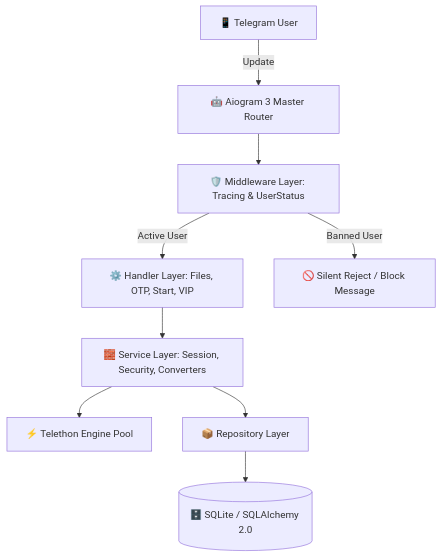
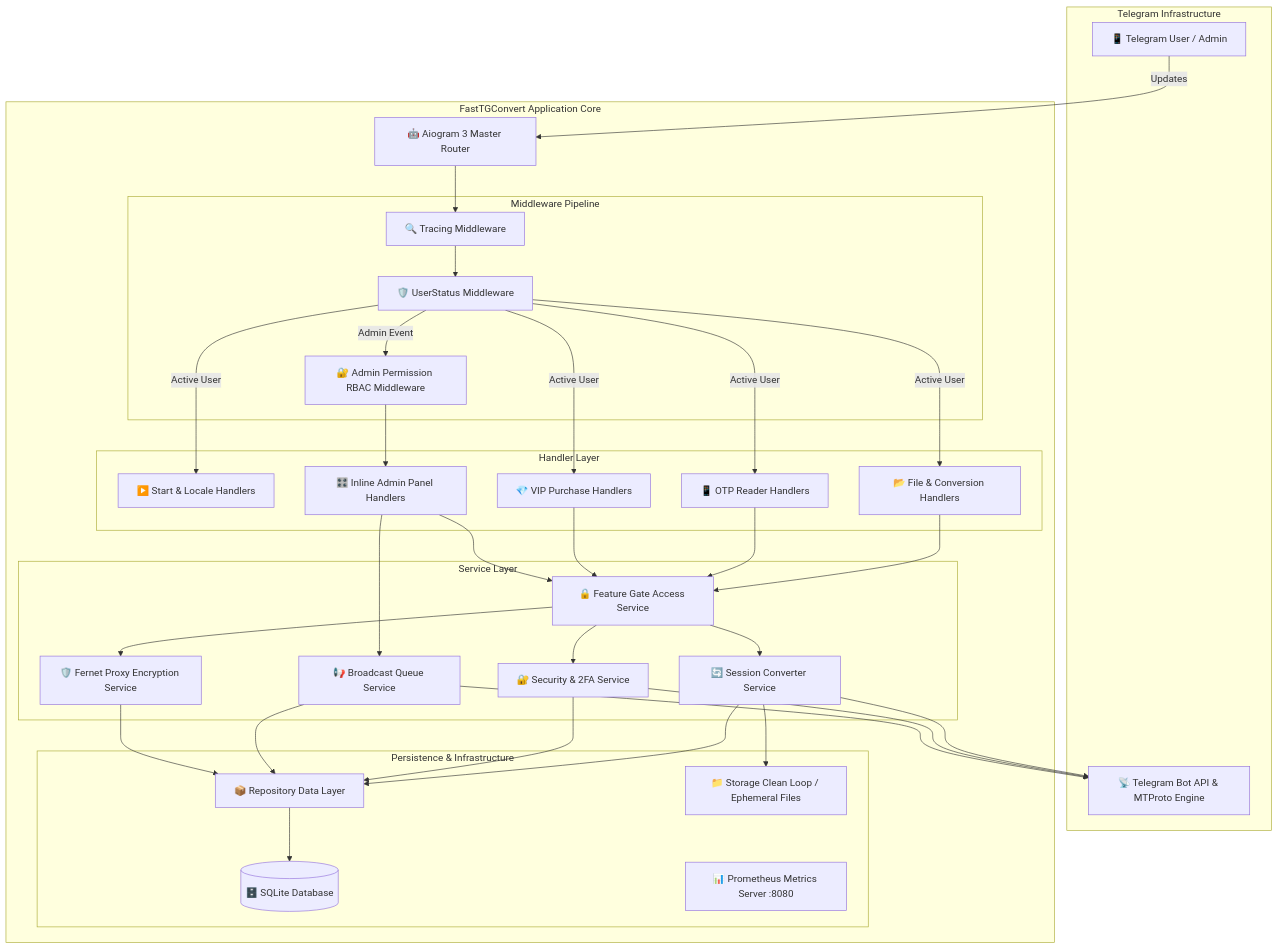
One commit to mrVXBoT/FastTGConvert_bot changed the first of 8 diagrams in README.md. Above: the diagram before and after it, drawn with Mermaid. The commit also changed other lines of this file, not shown here.

````diff
--- a/README.md
+++ b/README.md
@@ -42,11 +101,53 @@
 ```mermaid
-graph TD
-    User[📱 Telegram User] -->|Update| Router[🤖 Aiogram 3 Master Router]
-    Router --> Middleware[🛡️ Middleware Layer: Tracing & UserStatus]
-    Middleware -->|Active User| Handlers[⚙️ Handler Layer: Files, OTP, Start, VIP]
-    Middleware -->|Banned User| Block[🚫 Silent Reject / Block Message]
-    Handlers --> Services[🧱 Service Layer: Session, Security, Converters]
-    Services --> Telethon[⚡ Telethon Engine Pool]
-    Services --> Repos[📦 Repository Layer]
-    Repos --> DB[(🗄️ SQLite / SQLAlchemy 2.0)]
+flowchart TD
+    subgraph Telegram Infrastructure
+        TG[📱 Telegram User / Admin]
+        TGAPI[📡 Telegram Bot API & MTProto Engine]
+    end
+
+    subgraph FastTGConvert Application Core
+        Router[🤖 Aiogram 3 Master Router]
+        
+        subgraph Middleware Pipeline
+            MW_Trace[🔍 Tracing Middleware]
+            MW_Status[🛡️ UserStatus Middleware]
+            MW_RBAC[🔐 Admin Permission RBAC Middleware]
+        end
+
+        subgraph Handler Layer
+            H_Start[▶️ Start & Locale Handlers]
+            H_Files[📂 File & Conversion Handlers]
+            H_OTP[📱 OTP Reader Handlers]
+            H_VIP[💎 VIP Purchase Handlers]
+            H_Admin[🎛️ Inline Admin Panel Handlers]
+        end
+
+        subgraph Service Layer
+            S_Session[🔄 Session Converter Service]
+            S_Security[🔐 Security & 2FA Service]
+            S_Broadcast[📢 Broadcast Queue Service]
+            S_Gate[🔒 Feature Gate Access Service]
+            S_Proxy[🛡️ Fernet Proxy Encryption Service]
+        end
+
+        subgraph Persistence & Infrastructure
+            Repo[📦 Repository Data Layer]
+            DB[(🗄️ SQLite Database)]
+            Storage[📁 Storage Clean Loop / Ephemeral Files]
+            Metrics[📊 Prometheus Metrics Server :8080]
+        end
+    end
+
+    TG -->|Updates| Router
+    Router --> MW_Trace --> MW_Status
+    MW_Status -->|Active User| H_Start & H_Files & H_OTP & H_VIP
+    MW_Status -->|Admin Event| MW_RBAC --> H_Admin
+
+    H_Files & H_OTP & H_VIP --> S_Gate --> S_Session & S_Security & S_Proxy
+    H_Admin --> S_Broadcast & S_Gate
+
+    S_Session & S_Security --> TGAPI
+    S_Broadcast --> TGAPI
+    S_Session & S_Security & S_Broadcast & S_Proxy --> Repo --> DB
+    S_Session --> Storage
 ```
````
